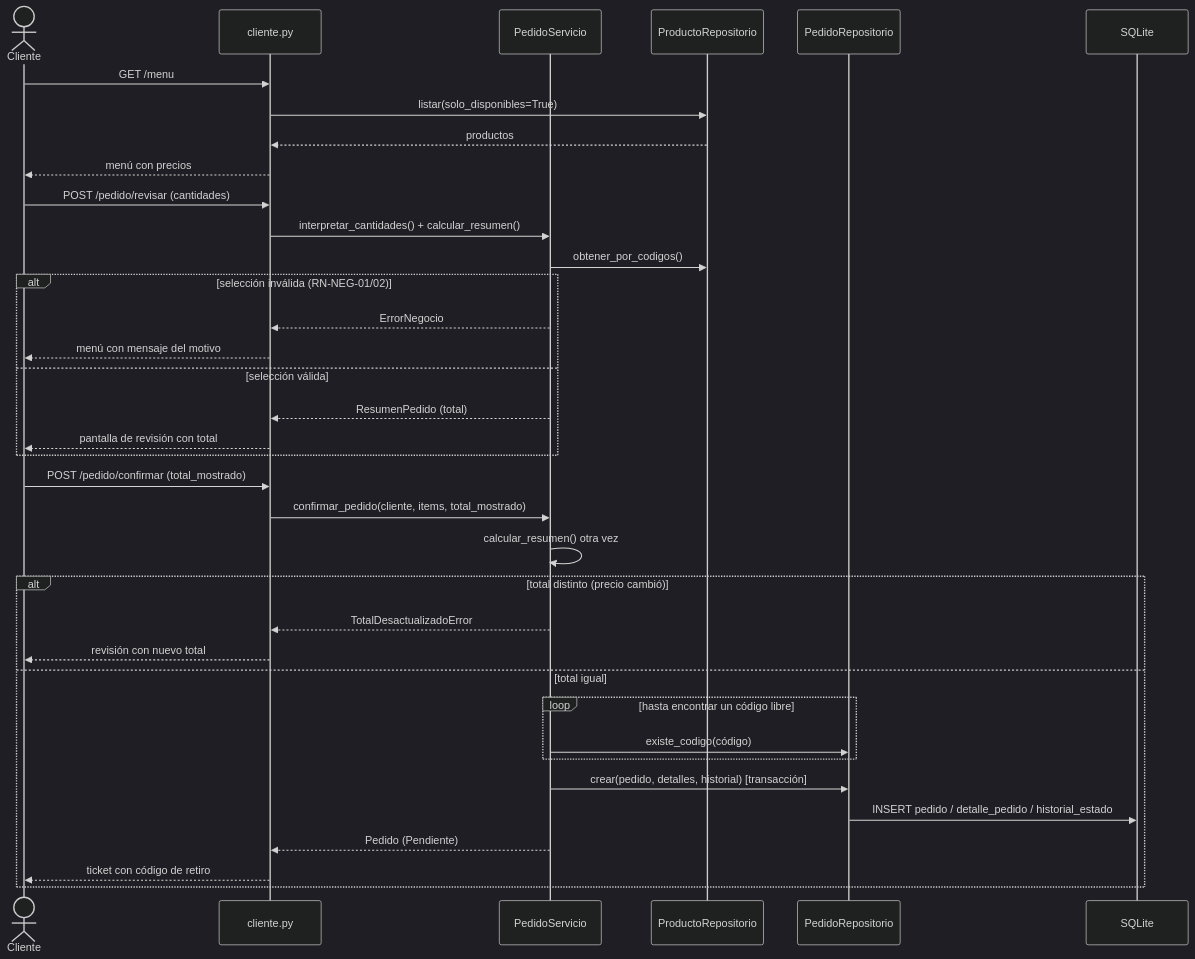
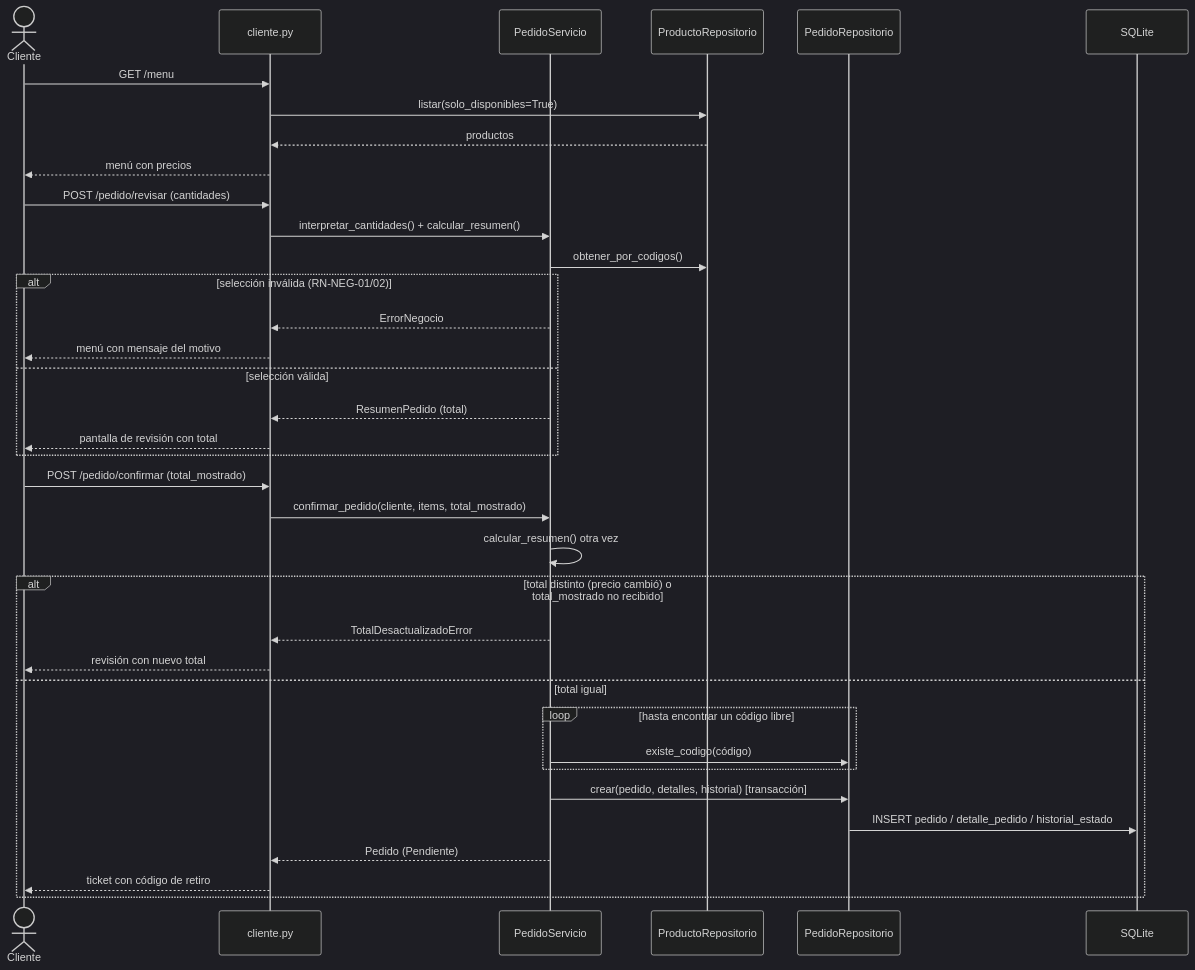
One commit to g-cevallos/Proyecto_1B_EvolucionSW_Equipo-1 changed the fourth of 7 diagrams in docs/02_diseno.md. Above: the diagram before and after it, drawn with Mermaid (dark theme). The commit also changed other lines of this file and 2 other files, not shown here.

Commit message:
docs: quitar diagramas de casos de uso y estados, y actualizar diseño y trazabilidad según los fix

````diff
--- a/docs/02_diseno.md
+++ b/docs/02_diseno.md
@@ -241,38 +207,38 @@
 ```mermaid
 sequenceDiagram
     actor C as Cliente
     participant W as cliente.py
     participant S as PedidoServicio
     participant RP as ProductoRepositorio
     participant RD as PedidoRepositorio
     participant DB as SQLite
     C->>W: GET /menu
     W->>RP: listar(solo_disponibles=True)
     RP-->>W: productos
     W-->>C: menú con precios
     C->>W: POST /pedido/revisar (cantidades)
     W->>S: interpretar_cantidades() + calcular_resumen()
     S->>RP: obtener_por_codigos()
     alt selección inválida (RN-NEG-01/02)
         S-->>W: ErrorNegocio
         W-->>C: menú con mensaje del motivo
     else selección válida
         S-->>W: ResumenPedido (total)
         W-->>C: pantalla de revisión con total
     end
     C->>W: POST /pedido/confirmar (total_mostrado)
     W->>S: confirmar_pedido(cliente, items, total_mostrado)
     S->>S: calcular_resumen() otra vez
-    alt total distinto (precio cambió)
+    alt total distinto (precio cambió) o total_mostrado no recibido
         S-->>W: TotalDesactualizadoError
         W-->>C: revisión con nuevo total
     else total igual
         loop hasta encontrar un código libre
             S->>RD: existe_codigo(código)
         end
         S->>RD: crear(pedido, detalles, historial) [transacción]
         RD->>DB: INSERT pedido / detalle_pedido / historial_estado
         S-->>W: Pedido (Pendiente)
         W-->>C: ticket con código de retiro
     end
 ```
````
